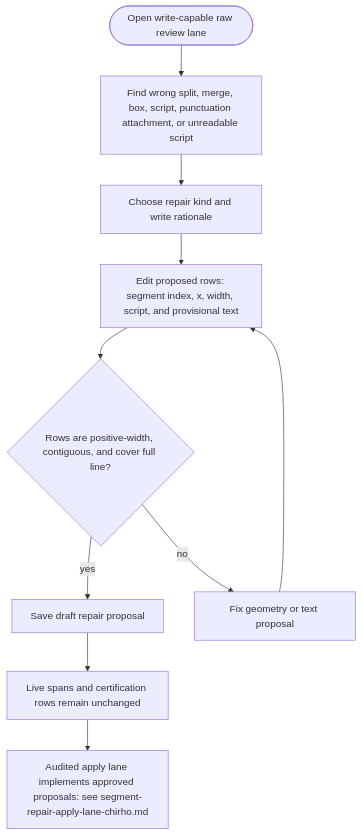
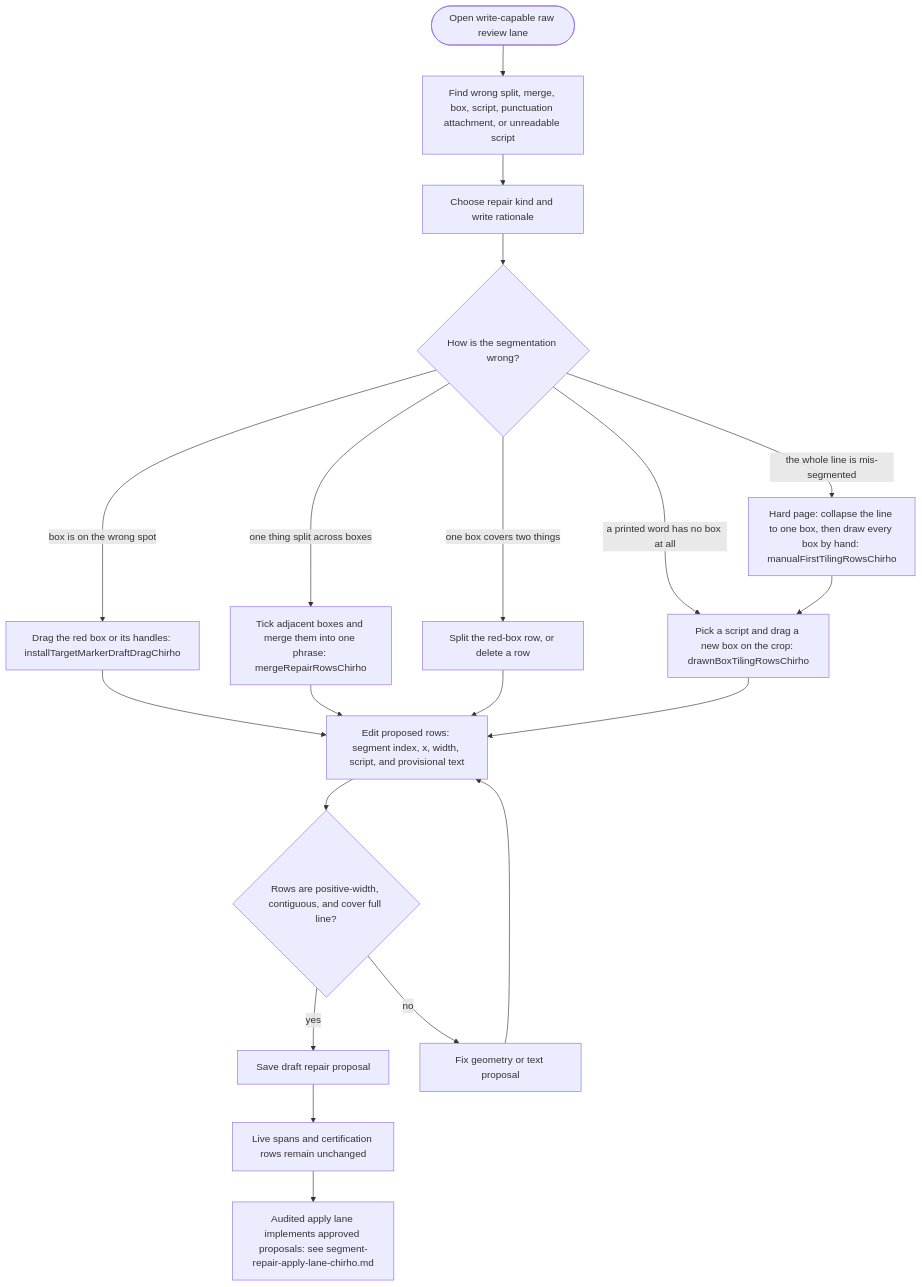
The diagram in spec-chirho/workflows-chirho/segment-repair-proposal-workflow-chirho.md (loveJesus/hottp-chirho), drawn with Mermaid before and after one commit. The commit also changed other lines of this file and 8 other files, not shown here.

First line of the commit message:
Complete Phase 3 reviewer tools; fix mixed crop/line pixel units

````diff
--- a/spec-chirho/workflows-chirho/segment-repair-proposal-workflow-chirho.md
+++ b/spec-chirho/workflows-chirho/segment-repair-proposal-workflow-chirho.md
@@ -8,22 +16,38 @@
 ```mermaid
 flowchart TD
   OpenRawChirho([Open write-capable raw review lane])
   FindProblemChirho[Find wrong split, merge, box, script, punctuation attachment, or unreadable script]
   ChooseKindChirho[Choose repair kind and write rationale]
+  PickToolChirho{How is the segmentation wrong?}
+  DragBoxChirho[Drag the red box or its handles: installTargetMarkerDraftDragChirho]
+  MergeBoxesChirho[Tick adjacent boxes and merge them into one phrase: mergeRepairRowsChirho]
+  SplitBoxChirho[Split the red-box row, or delete a row]
+  DrawBoxChirho[Pick a script and drag a new box on the crop: drawnBoxTilingRowsChirho]
+  ManualFirstChirho[Hard page: collapse the line to one box, then draw every box by hand: manualFirstTilingRowsChirho]
   EditRowsChirho[Edit proposed rows: segment index, x, width, script, and provisional text]
   GeometryOkChirho{Rows are positive-width, contiguous, and cover full line?}
   SaveDraftChirho[Save draft repair proposal]
   NoLiveChangeChirho[Live spans and certification rows remain unchanged]
   LaterApplyChirho[Audited apply lane implements approved proposals: see segment-repair-apply-lane-chirho.md]
   FixRowsChirho[Fix geometry or text proposal]
 
   OpenRawChirho --> FindProblemChirho
   FindProblemChirho --> ChooseKindChirho
-  ChooseKindChirho --> EditRowsChirho
+  ChooseKindChirho --> PickToolChirho
+  PickToolChirho -- box is on the wrong spot --> DragBoxChirho
+  PickToolChirho -- one thing split across boxes --> MergeBoxesChirho
+  PickToolChirho -- one box covers two things --> SplitBoxChirho
+  PickToolChirho -- a printed word has no box at all --> DrawBoxChirho
+  PickToolChirho -- the whole line is mis-segmented --> ManualFirstChirho
+  ManualFirstChirho --> DrawBoxChirho
+  DragBoxChirho --> EditRowsChirho
+  MergeBoxesChirho --> EditRowsChirho
+  SplitBoxChirho --> EditRowsChirho
+  DrawBoxChirho --> EditRowsChirho
   EditRowsChirho --> GeometryOkChirho
   GeometryOkChirho -- yes --> SaveDraftChirho
   GeometryOkChirho -- no --> FixRowsChirho
   FixRowsChirho --> EditRowsChirho
   SaveDraftChirho --> NoLiveChangeChirho
   NoLiveChangeChirho --> LaterApplyChirho
 ```
````
